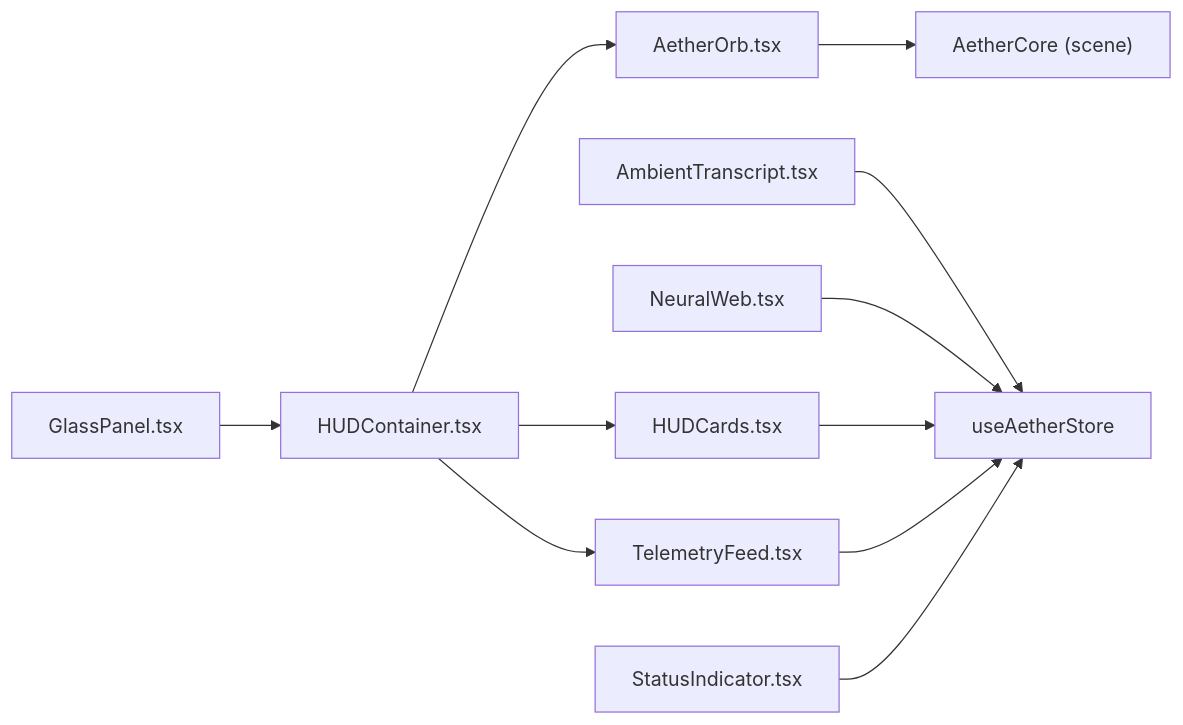
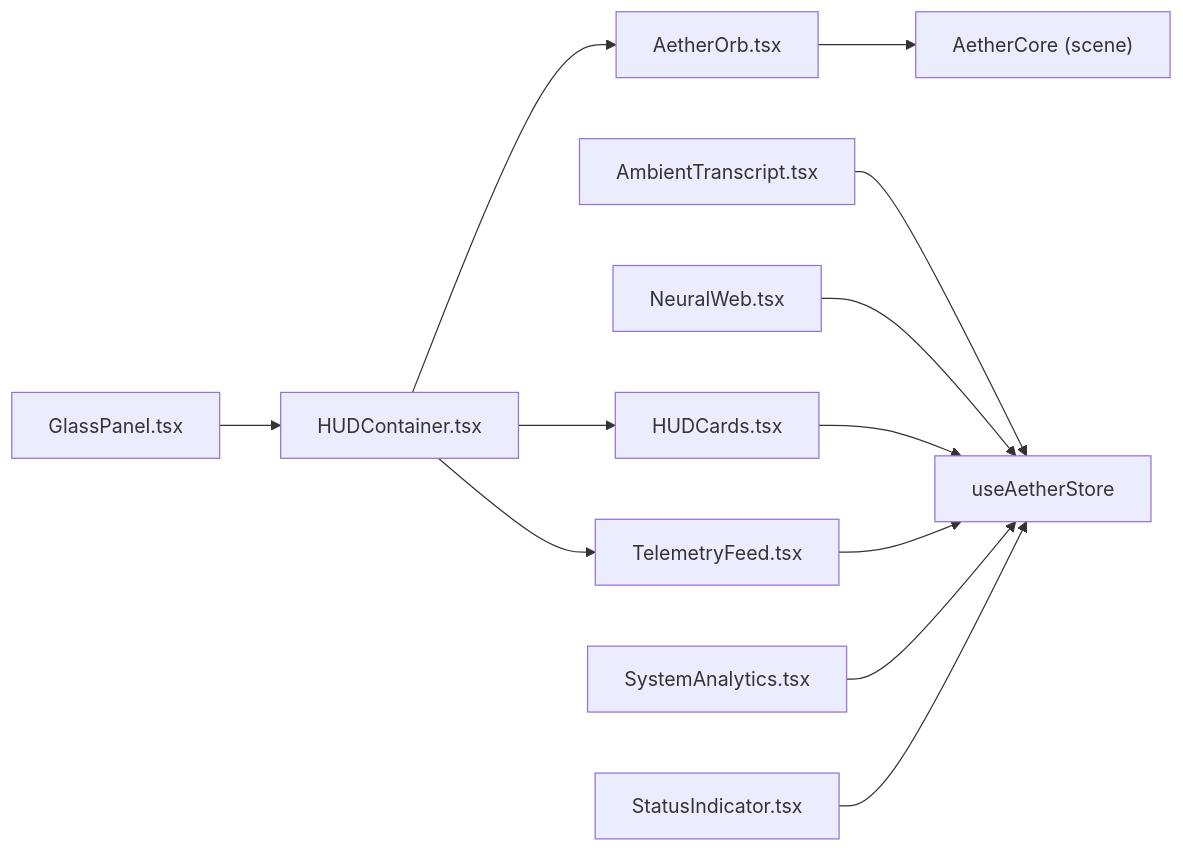
One commit to Moeabdelaziz007/Aether-Voice-OS changed the ninth of 11 diagrams in .qoder/repowiki/en/content/Frontend Application/Frontend Application.md. Above: the diagram before and after it, drawn with Mermaid. The commit also changed other lines of this file and 29 other files, not shown here.

````diff
--- a/.qoder/repowiki/en/content/Frontend Application/Frontend Application.md
+++ b/.qoder/repowiki/en/content/Frontend Application/Frontend Application.md
@@ -433,13 +465,14 @@
 ```mermaid
 graph LR
 Orb["AetherOrb.tsx"] --> Core["AetherCore (scene)"]
 Transcript["AmbientTranscript.tsx"] --> Store["useAetherStore"]
 Neural["NeuralWeb.tsx"] --> Store
 Cards["HUDCards.tsx"] --> Store
 Telemetry["TelemetryFeed.tsx"] --> Store
 HUD["HUDContainer.tsx"] --> Orb
 HUD --> Cards
 HUD --> Telemetry
+SystemAnalytics["SystemAnalytics.tsx"] --> Store
 Panel["GlassPanel.tsx"] --> HUD
 Status["StatusIndicator.tsx"] --> Store
 ```
````
